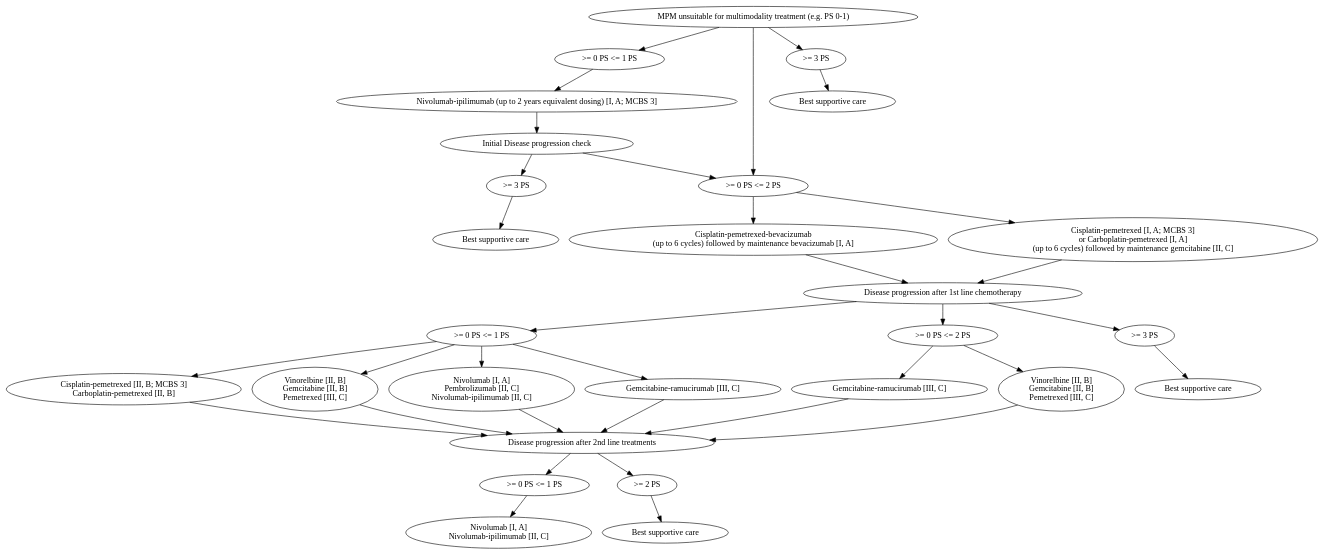
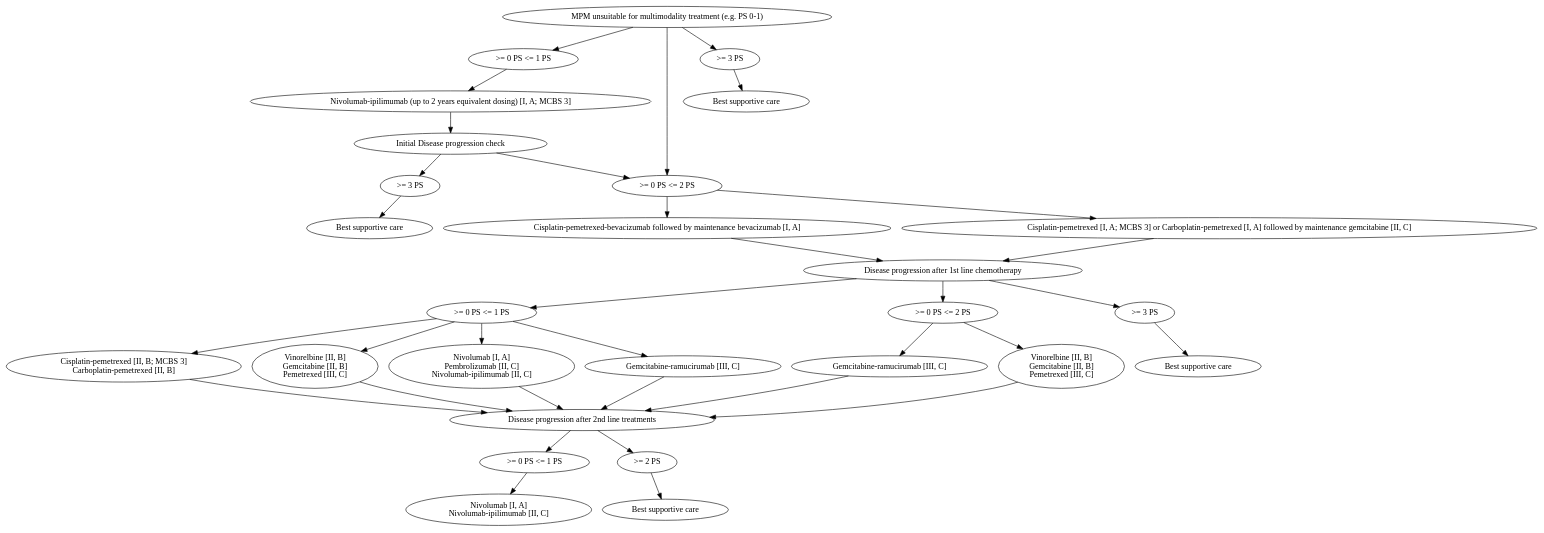
One commit to djhshih/dgraph-esmo changed the diagram in mpm/dot/inoperable.dot. Above: the diagram before and after it, drawn with Graphviz. The commit also changed 7 other files, not shown here.

Commit message:
Add new treatment and staging graphs for MPM; include Makefile updates

```diff
--- a/mpm/dot/inoperable.dot
+++ b/mpm/dot/inoperable.dot
@@ -1,101 +1,101 @@
 digraph G {
     // Level 1: Entry
     a [label="MPM unsuitable for multimodality treatment (e.g. PS 0-1)"];
 
     // Level 2 Branches from Entry
     b [label=">= 0 PS <= 1 PS"];
     c [label=">= 0 PS <= 2 PS"];
     d [label=">= 3 PS"];
 
     a -> b;
     a -> c;
     a -> d;
 
     // Structural node for PS 0-1 branch
     e [label="Nivolumab-ipilimumab (up to 2 years equivalent dosing) [I, A; MCBS 3]"];
     b -> e;
 
     // Disease progression from Nivolumab-ipilimumab
     f [label="Initial Disease progression check"];
     e -> f;
 
     // Branches from first Disease progression
     g [label=">= 3 PS"];
     // h [label=">= 0 PS <= 2 PS"];
     f -> g;
 
     // Best supportive care for PS >= 3 from first progression
     i [label="Best supportive care"];
     g -> i;
 
     // Path from entry also goes to h (PS 0-2) via the main flow line
     f -> c;
 
     // PS 0-2 treatment structural nodes (Siblings)
-    j [label="Cisplatin-pemetrexed [I, A; MCBS 3]\nor Carboplatin-pemetrexed [I, A]\n(up to 6 cycles) followed by maintenance gemcitabine [II, C]"];
-    k [label="Cisplatin-pemetrexed-bevacizumab\n(up to 6 cycles) followed by maintenance bevacizumab [I, A]"];
+    j [label="Cisplatin-pemetrexed [I, A; MCBS 3] or Carboplatin-pemetrexed [I, A] followed by maintenance gemcitabine [II, C]"];
+    k [label="Cisplatin-pemetrexed-bevacizumab followed by maintenance bevacizumab [I, A]"];
     
     c -> j;
     c -> k;
 
     // Rightmost branch from entry
     l [label="Best supportive care"];
     d -> l;
 
     // Disease progression after first-line chemotherapy (j and k)
     m [label="Disease progression after 1st line chemotherapy"];
     j -> m;
     k -> m;
 
     // Branches after second Disease progression
     n [label=">= 0 PS <= 1 PS"];
     o [label=">= 0 PS <= 2 PS"];
     p [label=">= 3 PS"];
     m -> n;
     m -> o;
     m -> p;
 
     // PS 0-1 treatments after chemotherapy
     q [label="Vinorelbine [II, B]\nGemcitabine [II, B]\nPemetrexed [III, C]"];
     r [label="Nivolumab [I, A]\nPembrolizumab [II, C]\nNivolumab-ipilimumab [II, C]"];
     s [label="Gemcitabine-ramucirumab [III, C]"];
     t [label="Cisplatin-pemetrexed [II, B; MCBS 3]\nCarboplatin-pemetrexed [II, B]"];
 
     n -> q;
     n -> r;
     n -> s;
     n -> t;
 
     // PS 0-2 treatments after chemotherapy
     u [label="Vinorelbine [II, B]\nGemcitabine [II, B]\nPemetrexed [III, C]"];
     v [label="Gemcitabine-ramucirumab [III, C]"];
 
     o -> u;
     o -> v;
 
     // PS >= 3 after chemotherapy
     w [label="Best supportive care"];
     p -> w;
 
     // Third Disease progression (merging from all second-line treatments)
     x [label="Disease progression after 2nd line treatments"];
     q -> x;
     r -> x;
     s -> x;
     t -> x;
     u -> x;
     v -> x;
 
     // Branches from third Disease progression
     y [label=">= 0 PS <= 1 PS"];
     z [label=">= 2 PS"];
     x -> y;
     x -> z;
 
     // Final structural nodes
     aa [label="Nivolumab [I, A]\nNivolumab-ipilimumab [II, C]"];
     ab [label="Best supportive care"];
 
     y -> aa;
     z -> ab;
 }
```
